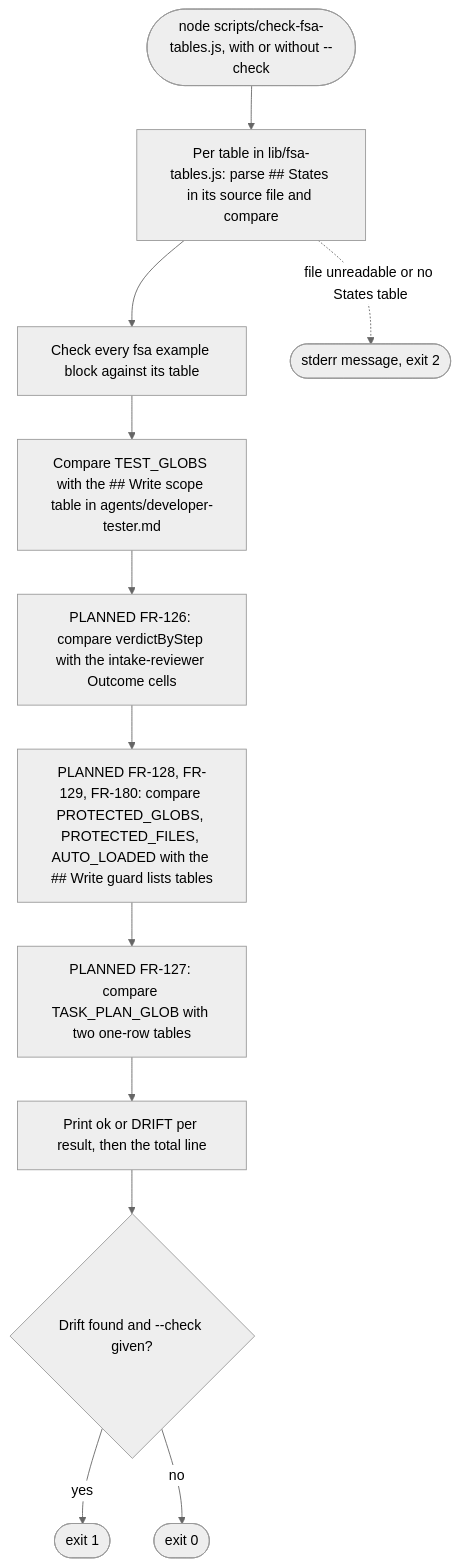
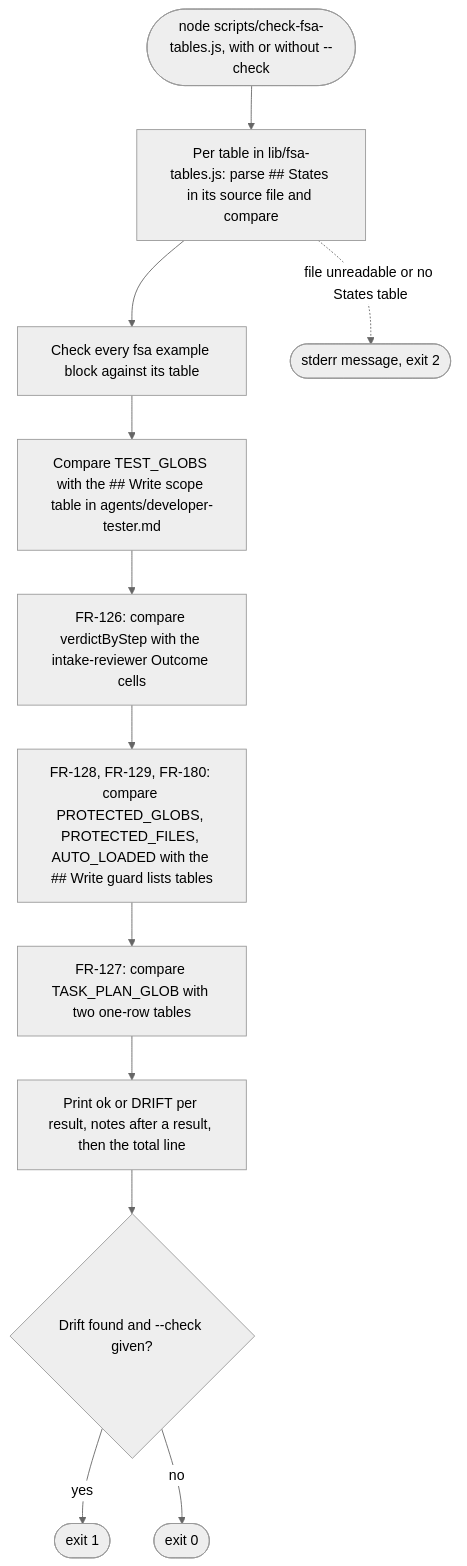
One commit to tjmonsi/assist-marketplace-plugin changed the diagram in specs/spec-hooks-fsa-table-check.md. Above: the diagram before and after it, drawn with Mermaid (neutral theme). The commit also changed other lines of this file and 60 other files, not shown here.

````diff
--- a/specs/spec-hooks-fsa-table-check.md
+++ b/specs/spec-hooks-fsa-table-check.md
@@ -432,14 +432,14 @@
 ```mermaid
 flowchart TD
   S(["node scripts/check-fsa-tables.js, with or without --check"]) --> A["Per table in lib/fsa-tables.js: parse ## States in its source file and compare"]
   A --> B["Check every fsa example block against its table"]
   B --> C["Compare TEST_GLOBS with the ## Write scope table in agents/developer-tester.md"]
-  C --> P1["PLANNED FR-126: compare verdictByStep with the intake-reviewer Outcome cells"]
-  P1 --> P2["PLANNED FR-128, FR-129, FR-180: compare PROTECTED_GLOBS, PROTECTED_FILES, AUTO_LOADED with the ## Write guard lists tables"]
-  P2 --> P3["PLANNED FR-127: compare TASK_PLAN_GLOB with two one-row tables"]
-  P3 --> D["Print ok or DRIFT per result, then the total line"]
+  C --> P1["FR-126: compare verdictByStep with the intake-reviewer Outcome cells"]
+  P1 --> P2["FR-128, FR-129, FR-180: compare PROTECTED_GLOBS, PROTECTED_FILES, AUTO_LOADED with the ## Write guard lists tables"]
+  P2 --> P3["FR-127: compare TASK_PLAN_GLOB with two one-row tables"]
+  P3 --> D["Print ok or DRIFT per result, notes after a result, then the total line"]
   D --> E{"Drift found and --check given?"}
   E -->|yes| X1(["exit 1"])
   E -->|no| X0(["exit 0"])
   A -.->|"file unreadable or no States table"| X2(["stderr message, exit 2"])
 ```
````
